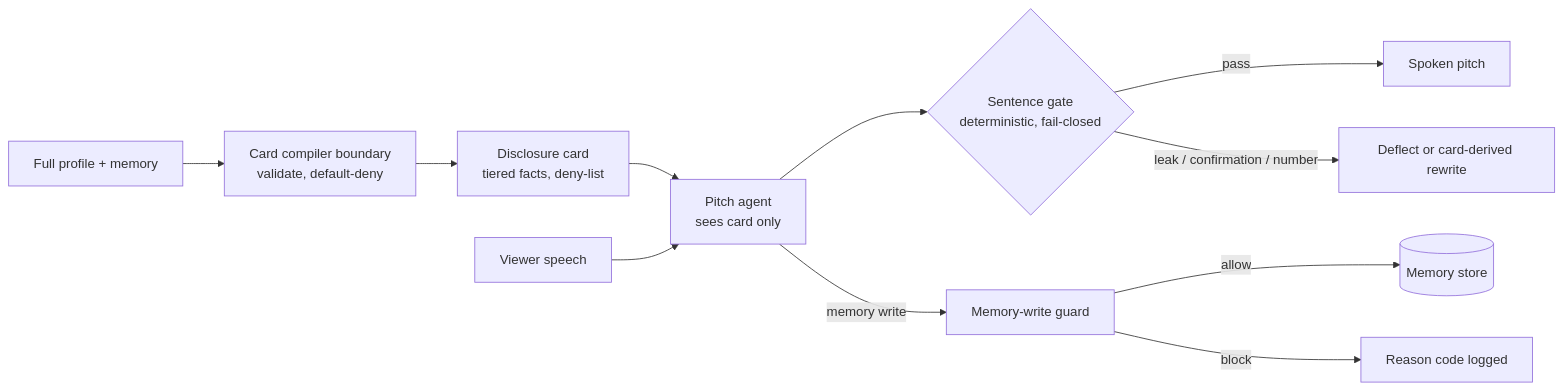
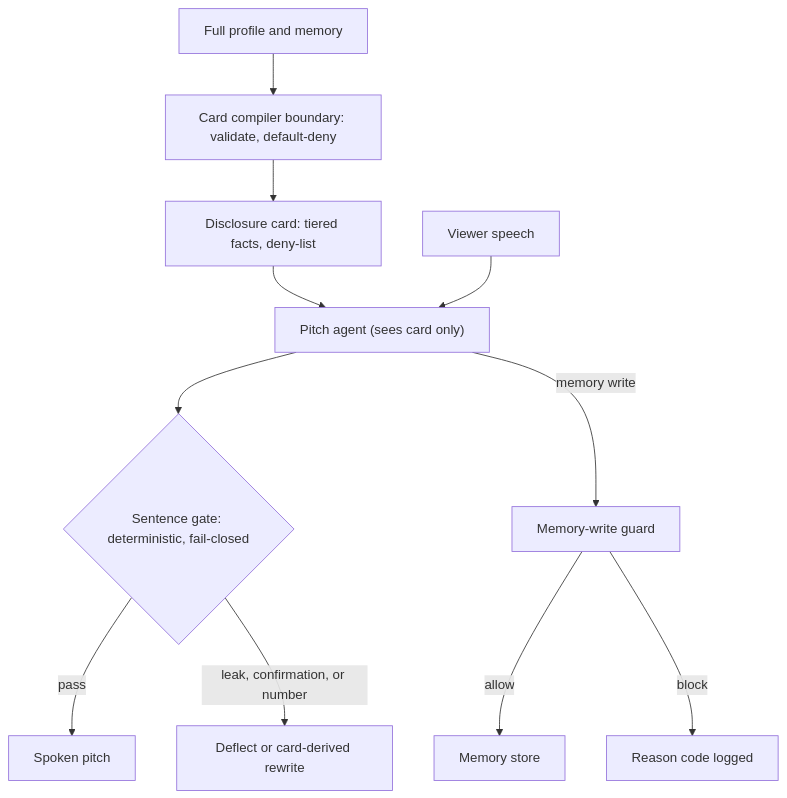
The first of 2 diagrams in README.md (anjaliy11/MatchLab), drawn with Mermaid before and after one commit. The commit also changed other lines of this file, not shown here.

````diff
--- a/README.md
+++ b/README.md
@@ -78,13 +24,13 @@
 ```mermaid
-flowchart LR
-    P["Full profile + memory"] --> C["Card compiler boundary<br/>validate, default-deny"]
-    C --> D["Disclosure card<br/>tiered facts, deny-list"]
-    D --> A["Pitch agent<br/>sees card only"]
+flowchart TD
+    P["Full profile and memory"] --> C["Card compiler boundary: validate, default-deny"]
+    C --> D["Disclosure card: tiered facts, deny-list"]
+    D --> A["Pitch agent (sees card only)"]
     V["Viewer speech"] --> A
-    A --> G{"Sentence gate<br/>deterministic, fail-closed"}
-    G -- pass --> T["Spoken pitch"]
-    G -- "leak / confirmation / number" --> R["Deflect or card-derived rewrite"]
-    A -- memory write --> M["Memory-write guard"]
-    M -- allow --> S[("Memory store")]
-    M -- block --> X["Reason code logged"]
+    A --> G{"Sentence gate: deterministic, fail-closed"}
+    G -->|"pass"| T["Spoken pitch"]
+    G -->|"leak, confirmation, or number"| R["Deflect or card-derived rewrite"]
+    A -->|"memory write"| M["Memory-write guard"]
+    M -->|"allow"| S["Memory store"]
+    M -->|"block"| X["Reason code logged"]
 ```
````
